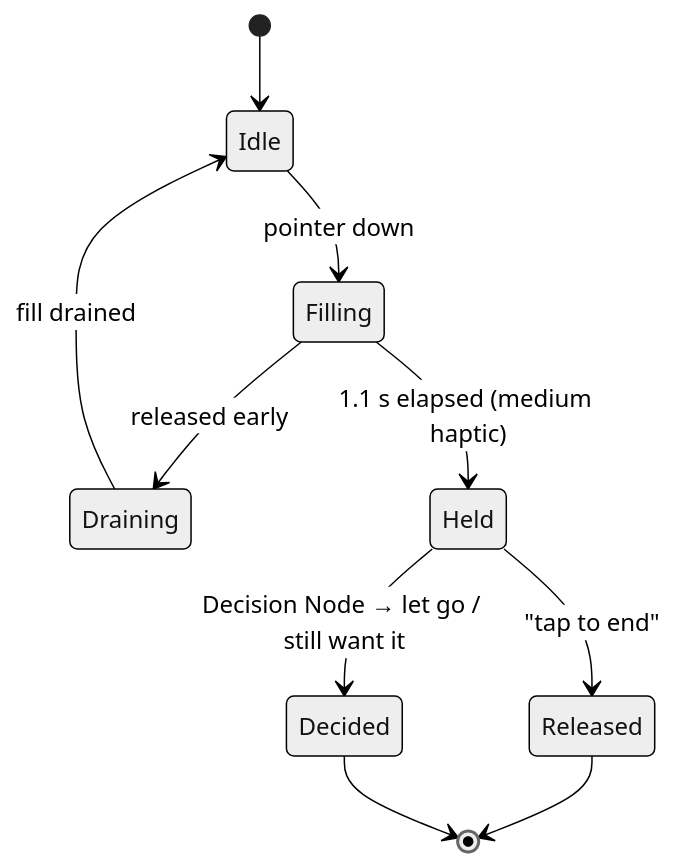
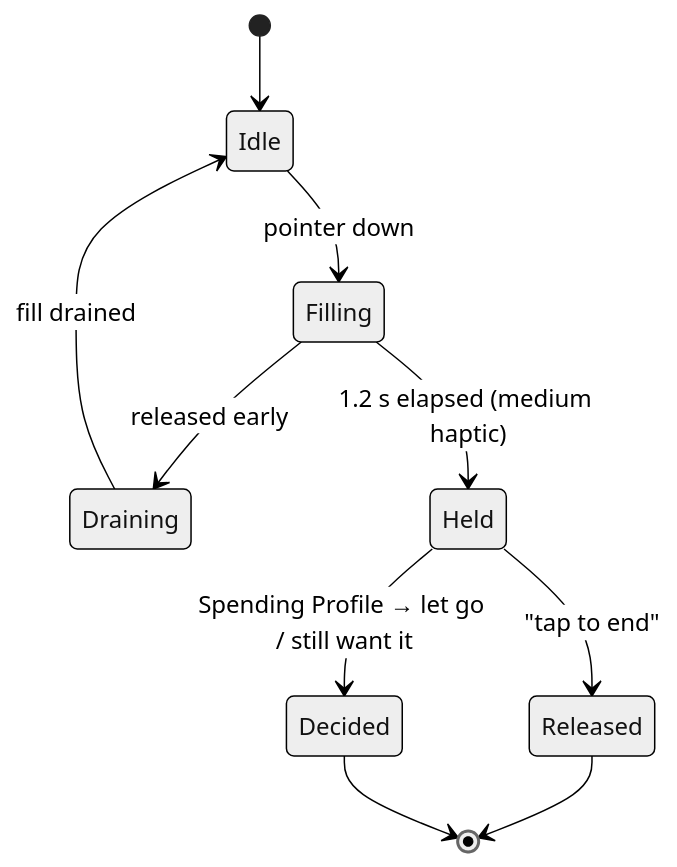
One commit to KrishKamra/Clarion changed the fourth of 4 diagrams in docs/ARCHITECTURE.md. Above: the diagram before and after it, drawn with Mermaid (neutral theme). The commit also changed other lines of this file and 65 other files, not shown here.

````diff
--- a/docs/ARCHITECTURE.md
+++ b/docs/ARCHITECTURE.md
@@ -132,12 +134,12 @@
 ```mermaid
 stateDiagram-v2
   [*] --> Idle
   Idle --> Filling: pointer down
   Filling --> Draining: released early
   Draining --> Idle: fill drained
-  Filling --> Held: 1.1 s elapsed (medium haptic)
+  Filling --> Held: 1.2 s elapsed (medium haptic)
   Held --> Released: "tap to end"
-  Held --> Decided: Decision Node → let go / still want it
+  Held --> Decided: Spending Profile → let go / still want it
   Released --> [*]
   Decided --> [*]
 ```
````
